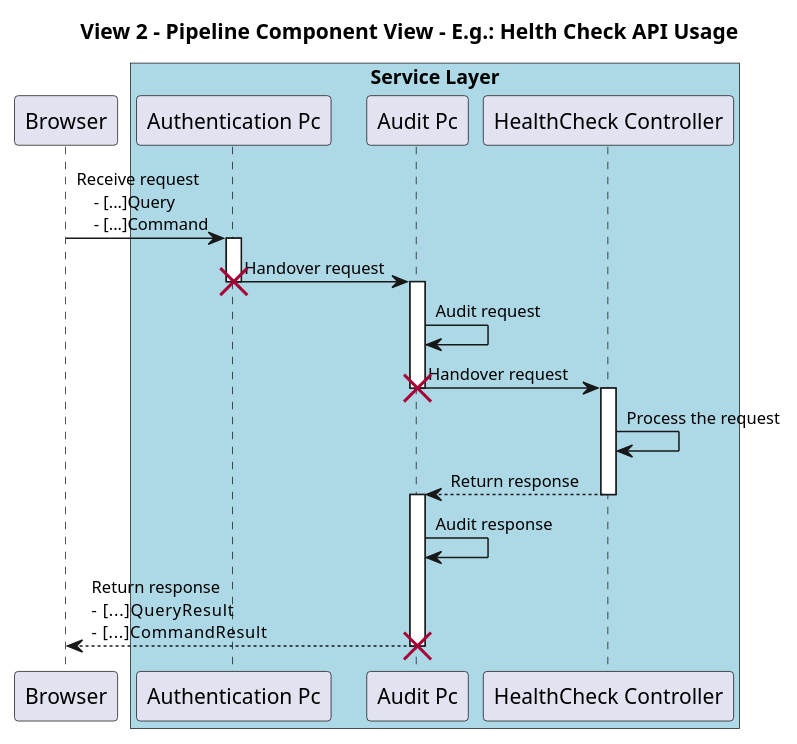
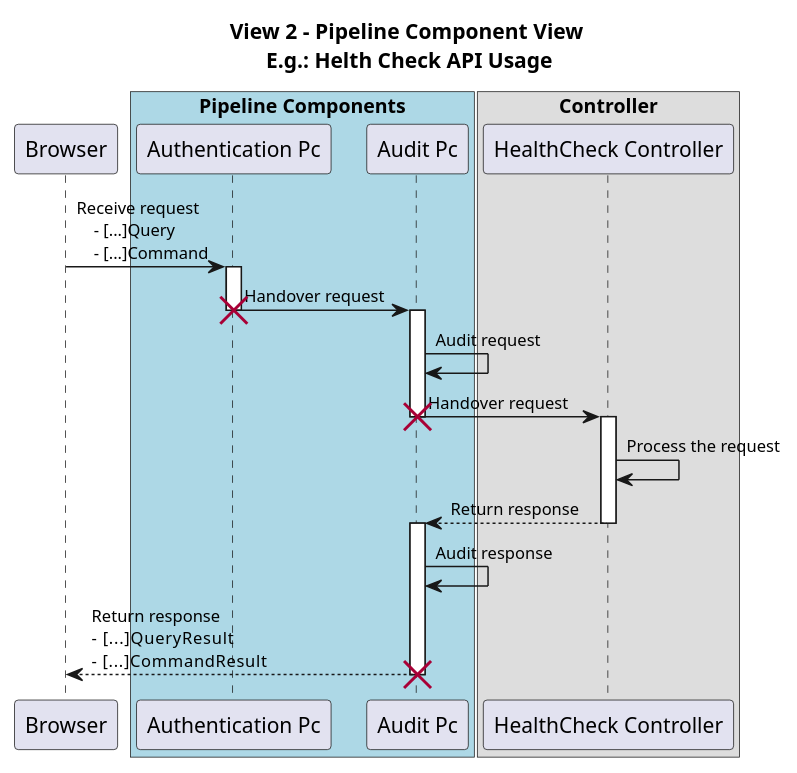
Before and after one commit to eLetterBank/springdemo: the diagram in diagrams/HealthCheck-View-02.puml, drawn with PlantUML. The commit also changed 2 other files, not shown here.

Commit message:
Defines SoC per view

```diff
--- a/diagrams/HealthCheck-View-02.puml
+++ b/diagrams/HealthCheck-View-02.puml
@@ -1,44 +1,47 @@
 @startuml
-title View 2 - Pipeline Component View - E.g.: Helth Check API Usage
+title View 2 - Pipeline Component View \nE.g.: Helth Check API Usage
 
 participant Browser as bw
 
-box "Service Layer" #LightBlue
+box "Pipeline Components" #LightBlue
 participant "Authentication Pc" as authApiFilter
 participant "Audit Pc" as auditApiIntercepter
+end box
+
+box "Controller"
 participant "HealthCheck Controller" as hChekApiController
 end box
 
 skinparam sequence {
     ActorFontName Arial
     ActorFontSize 11
 
     ParticipantFontName Arial
     ParticipantFontSize 11
 
     ArrowFontName Arial
     ArrowFontSize 11
 }
 
 bw->authApiFilter: Receive request \n    - [...]Query \n    - [...]Command
 activate authApiFilter
 
 authApiFilter->auditApiIntercepter: Handover request
 destroy authApiFilter
 activate auditApiIntercepter
 
 auditApiIntercepter->auditApiIntercepter: Audit request
 auditApiIntercepter->hChekApiController: Handover request
 destroy auditApiIntercepter
 activate hChekApiController
 hChekApiController->hChekApiController: Process the request
 
 hChekApiController-->auditApiIntercepter: Return response
 deactivate hChekApiController
 activate auditApiIntercepter
 
 auditApiIntercepter->auditApiIntercepter: Audit response
                            auditApiIntercepter-->bw: Return response\n-    [...]QueryResult \n-    [...]CommandResult
                            destroy auditApiIntercepter
 
 @enduml
```
